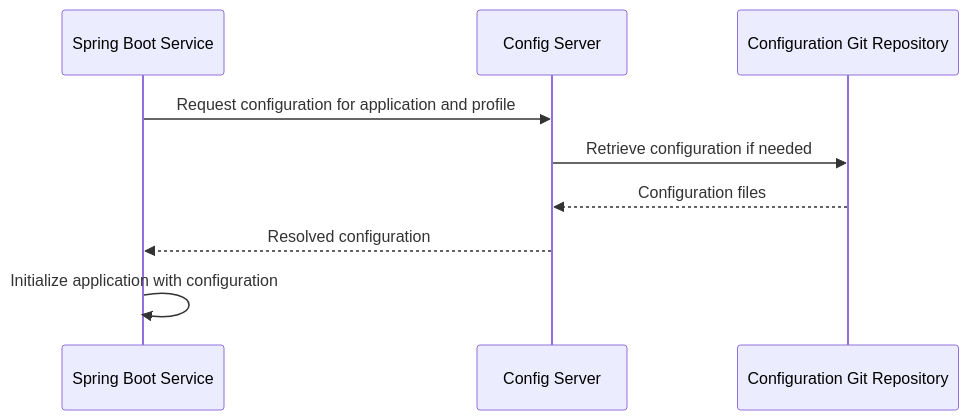
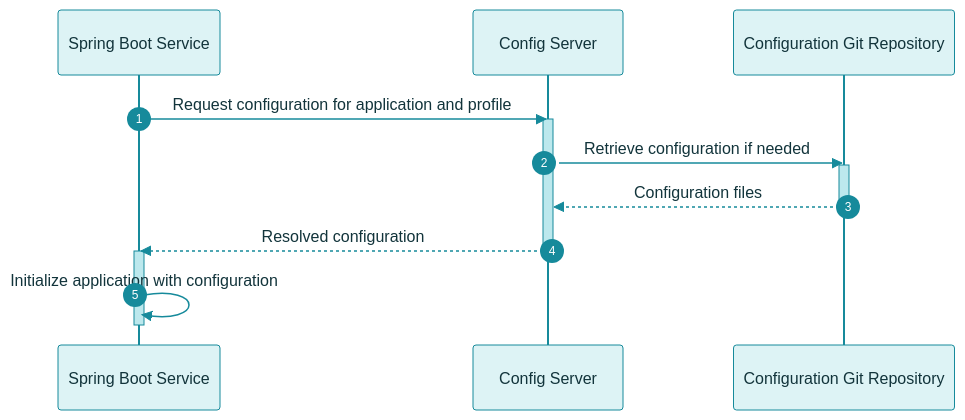
One commit to SoyaChunkz/MICROSERVICES changed the second of 2 diagrams in docs/configuration-management.md. Above: the diagram before and after it, drawn with Mermaid. The commit also changed other lines of this file and 6 other files, not shown here.

````diff
--- a/docs/configuration-management.md
+++ b/docs/configuration-management.md
@@ -123,12 +159,50 @@
 ```mermaid
+%%{init: {
+  'theme': 'base',
+  'themeVariables': {
+    'primaryColor': '#DDF3F5',
+    'primaryTextColor': '#12343B',
+    'primaryBorderColor': '#168A9B',
+    'lineColor': '#168A9B',
+    'secondaryColor': '#BCE8ED',
+    'tertiaryColor': '#EFFAFA',
+    'actorBkg': '#DDF3F5',
+    'actorBorder': '#168A9B',
+    'actorTextColor': '#12343B',
+    'actorLineColor': '#168A9B',
+    'signalColor': '#168A9B',
+    'signalTextColor': '#12343B',
+    'labelBoxBkgColor': '#BCE8ED',
+    'labelBoxBorderColor': '#168A9B',
+    'labelTextColor': '#12343B',
+    'loopTextColor': '#12343B',
+    'activationBkgColor': '#BCE8ED',
+    'activationBorderColor': '#168A9B',
+    'sequenceNumberColor': '#FFFFFF',
+    'fontFamily': 'Arial, sans-serif'
+  }
+}}%%
+
 sequenceDiagram
+    autonumber
+
     participant App as Spring Boot Service
     participant Config as Config Server
     participant Git as Configuration Git Repository
 
     App->>Config: Request configuration for application and profile
+    activate Config
+
     Config->>Git: Retrieve configuration if needed
+    activate Git
+
     Git-->>Config: Configuration files
+    deactivate Git
+
     Config-->>App: Resolved configuration
+    deactivate Config
+
+    activate App
     App->>App: Initialize application with configuration
+    deactivate App
 ```
````
